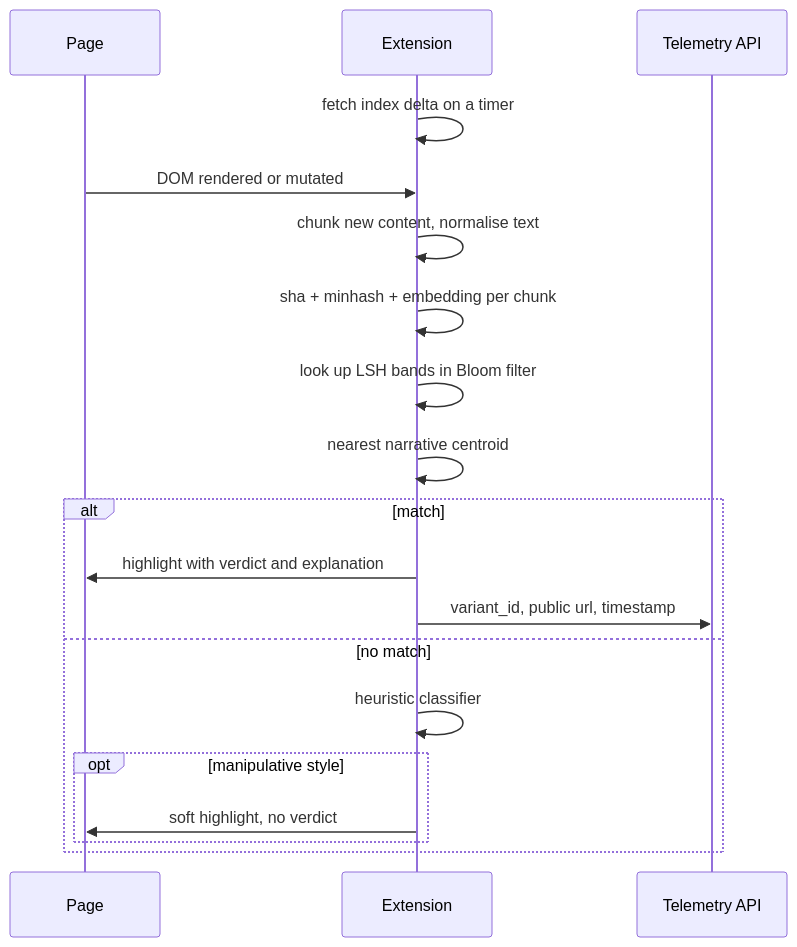
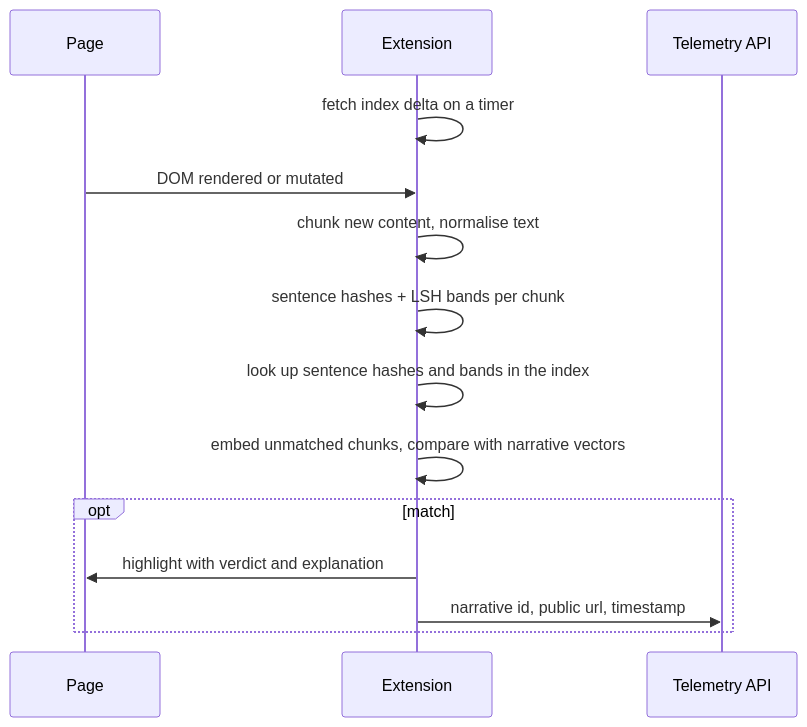
Before and after one commit to nlinnanen/konklaavi: the first of 3 diagrams in docs/architecture.md, drawn with Mermaid. The commit also changed other lines of this file and 5 other files, not shown here.

````diff
--- a/docs/architecture.md
+++ b/docs/architecture.md
@@ -11,22 +11,17 @@
 ```mermaid
 sequenceDiagram
   participant Page
   participant Ext as Extension
   participant Tel as Telemetry API
 
   Ext->>Ext: fetch index delta on a timer
   Page->>Ext: DOM rendered or mutated
   Ext->>Ext: chunk new content, normalise text
-  Ext->>Ext: sha + minhash + embedding per chunk
-  Ext->>Ext: look up LSH bands in Bloom filter
-  Ext->>Ext: nearest narrative centroid
-  alt match
+  Ext->>Ext: sentence hashes + LSH bands per chunk
+  Ext->>Ext: look up sentence hashes and bands in the index
+  Ext->>Ext: embed unmatched chunks, compare with narrative vectors
+  opt match
     Ext->>Page: highlight with verdict and explanation
-    Ext->>Tel: variant_id, public url, timestamp
-  else no match
-    Ext->>Ext: heuristic classifier
-    opt manipulative style
-      Ext->>Page: soft highlight, no verdict
-    end
+    Ext->>Tel: narrative id, public url, timestamp
   end
 ```
````
